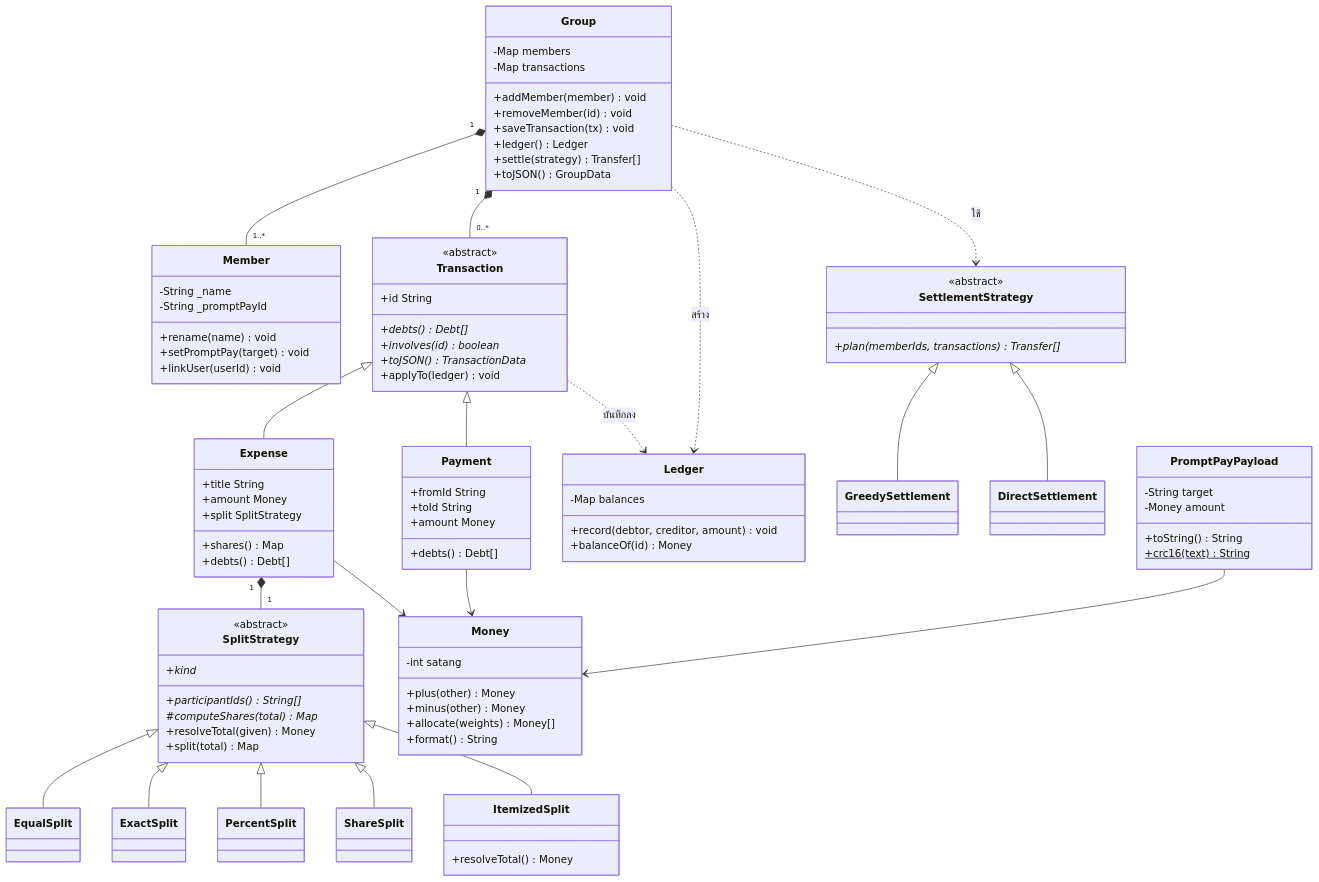
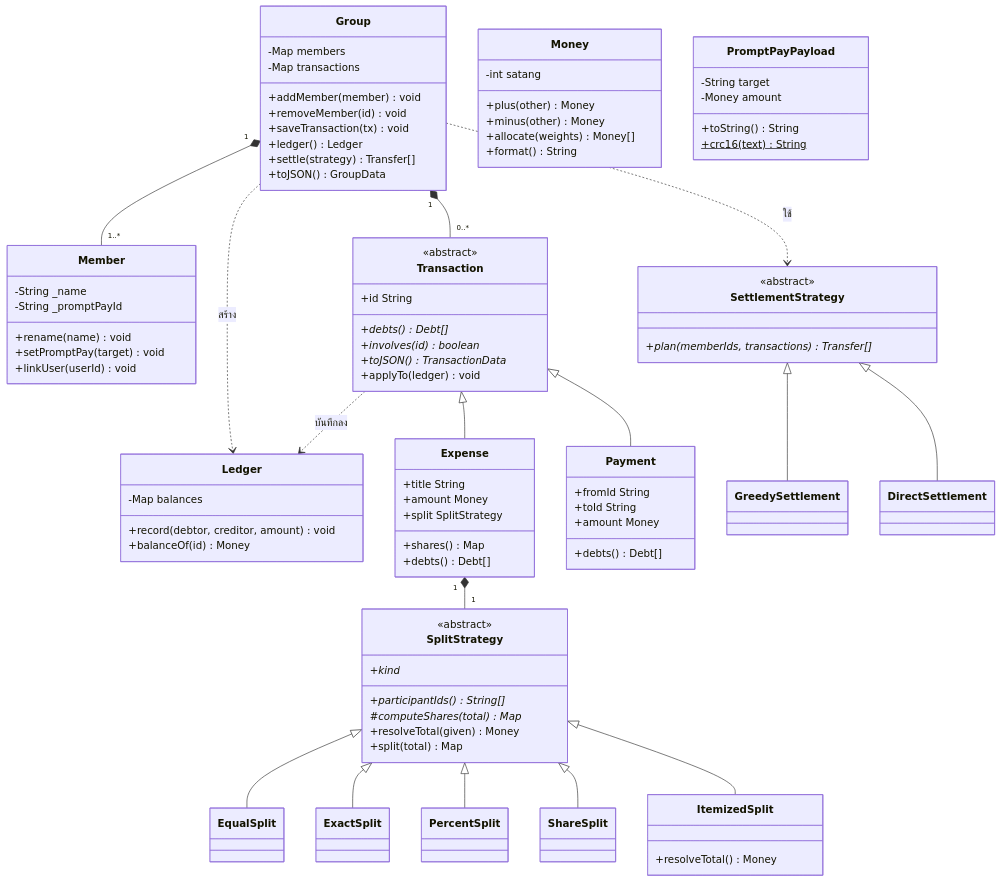
One commit to 6804062612323-Thanapat/HarLongTua changed the diagram in docs/diagrams/domain.mmd. Above: the diagram before and after it, drawn with Mermaid. The commit also changed 2 other files, not shown here.

```diff
--- a/docs/diagrams/domain.mmd
+++ b/docs/diagrams/domain.mmd
@@ -1,97 +1,94 @@
 classDiagram
 direction TB
 class Group {
   -Map members
   -Map transactions
   +addMember(member) void
   +removeMember(id) void
   +saveTransaction(tx) void
   +ledger() Ledger
   +settle(strategy) Transfer[]
   +toJSON() GroupData
 }
 class Member {
   -String _name
   -String _promptPayId
   +rename(name) void
   +setPromptPay(target) void
   +linkUser(userId) void
 }
 class Money {
   -int satang
   +plus(other) Money
   +minus(other) Money
   +allocate(weights) Money[]
   +format() String
 }
 class Ledger {
   -Map balances
   +record(debtor, creditor, amount) void
   +balanceOf(id) Money
 }
 class Transaction {
   <<abstract>>
   +id String
   +debts()* Debt[]
   +involves(id)* boolean
   +toJSON()* TransactionData
   +applyTo(ledger) void
 }
 class Expense {
   +title String
   +amount Money
   +split SplitStrategy
   +shares() Map
   +debts() Debt[]
 }
 class Payment {
   +fromId String
   +toId String
   +amount Money
   +debts() Debt[]
 }
 class SplitStrategy {
   <<abstract>>
   +kind*
   +participantIds()* String[]
   #computeShares(total)* Map
   +resolveTotal(given) Money
   +split(total) Map
 }
 class EqualSplit
 class ExactSplit
 class PercentSplit
 class ShareSplit
 class ItemizedSplit {
   +resolveTotal() Money
 }
 class SettlementStrategy {
   <<abstract>>
   +plan(memberIds, transactions)* Transfer[]
 }
 class GreedySettlement
 class DirectSettlement
 class PromptPayPayload {
   -String target
   -Money amount
   +toString() String
   +crc16(text)$ String
 }
 Group "1" *-- "1..*" Member
 Group "1" *-- "0..*" Transaction
 Group ..> Ledger : สร้าง
 Group ..> SettlementStrategy : ใช้
 Transaction <|-- Expense
 Transaction <|-- Payment
 Expense "1" *-- "1" SplitStrategy
 SplitStrategy <|-- EqualSplit
 SplitStrategy <|-- ExactSplit
 SplitStrategy <|-- PercentSplit
 SplitStrategy <|-- ShareSplit
 SplitStrategy <|-- ItemizedSplit
 SettlementStrategy <|-- GreedySettlement
 SettlementStrategy <|-- DirectSettlement
 Transaction ..> Ledger : บันทึกลง
-Expense --> Money
-Payment --> Money
-PromptPayPayload --> Money
```
